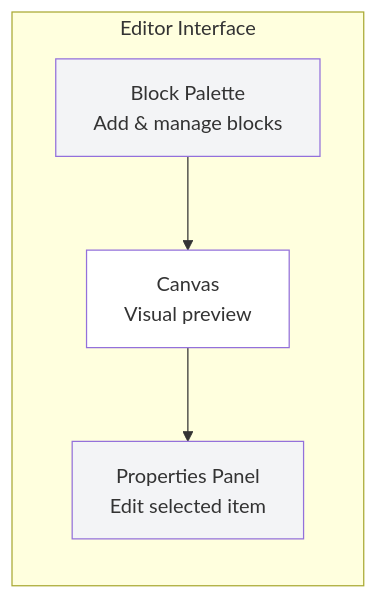
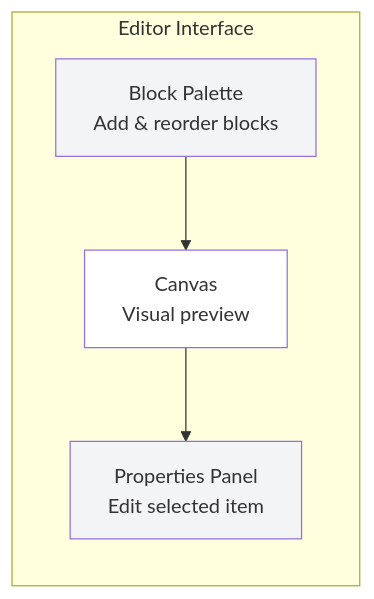
One commit to ChanMeng666/send-joy changed the eighth of 11 diagrams in TUTORIAL.md. Above: the diagram before and after it, drawn with Mermaid. The commit also changed other lines of this file and 1 other file, not shown here.

````diff
--- a/TUTORIAL.md
+++ b/TUTORIAL.md
@@ -353,15 +408,15 @@
 ```mermaid
 graph LR
     subgraph "Editor Interface"
-        LEFT[Block Palette<br/>Add & manage blocks]
+        LEFT[Block Palette<br/>Add & reorder blocks]
         CENTER[Canvas<br/>Visual preview]
         RIGHT[Properties Panel<br/>Edit selected item]
     end
 
     LEFT --> CENTER
     CENTER --> RIGHT
 
     style LEFT fill:#F3F4F6
     style CENTER fill:#FFFFFF
     style RIGHT fill:#F3F4F6
 ```
````
